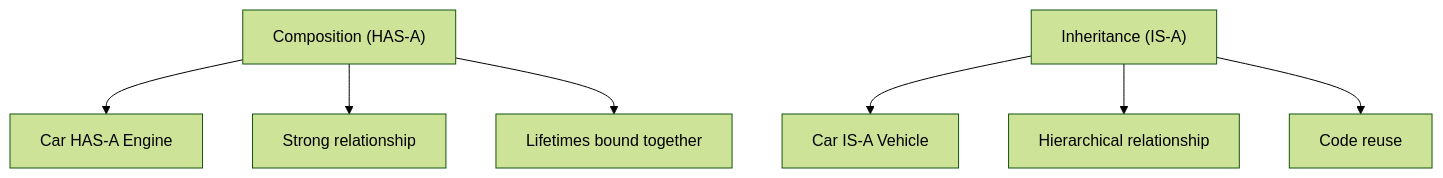
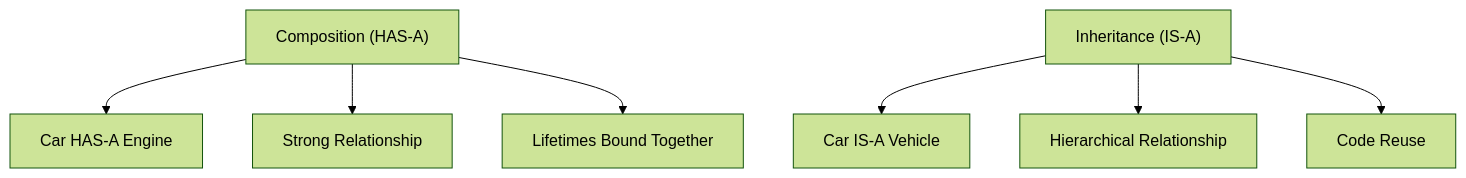
Diagram 11 of 11 in Fast Revision/01_OOPS_CPP_LLD.md (nishant-iith/Roadmap-Learning), drawn with Mermaid (forest theme) before and after one commit. The commit also changed other lines of this file and 2 other files, not shown here.

````diff
--- a/Fast Revision/01_OOPS_CPP_LLD.md
+++ b/Fast Revision/01_OOPS_CPP_LLD.md
@@ -1026,10 +350,10 @@
 ```mermaid
 graph TD
     A["Composition (HAS-A)"] --> B["Car HAS-A Engine"]
-    A --> C["Strong relationship"]
-    A --> D["Lifetimes bound together"]
+    A --> C["Strong Relationship"]
+    A --> D["Lifetimes Bound Together"]
 
     E["Inheritance (IS-A)"] --> F["Car IS-A Vehicle"]
-    E --> G["Hierarchical relationship"]
-    E --> H["Code reuse"]
+    E --> G["Hierarchical Relationship"]
+    E --> H["Code Reuse"]
 ```
````
